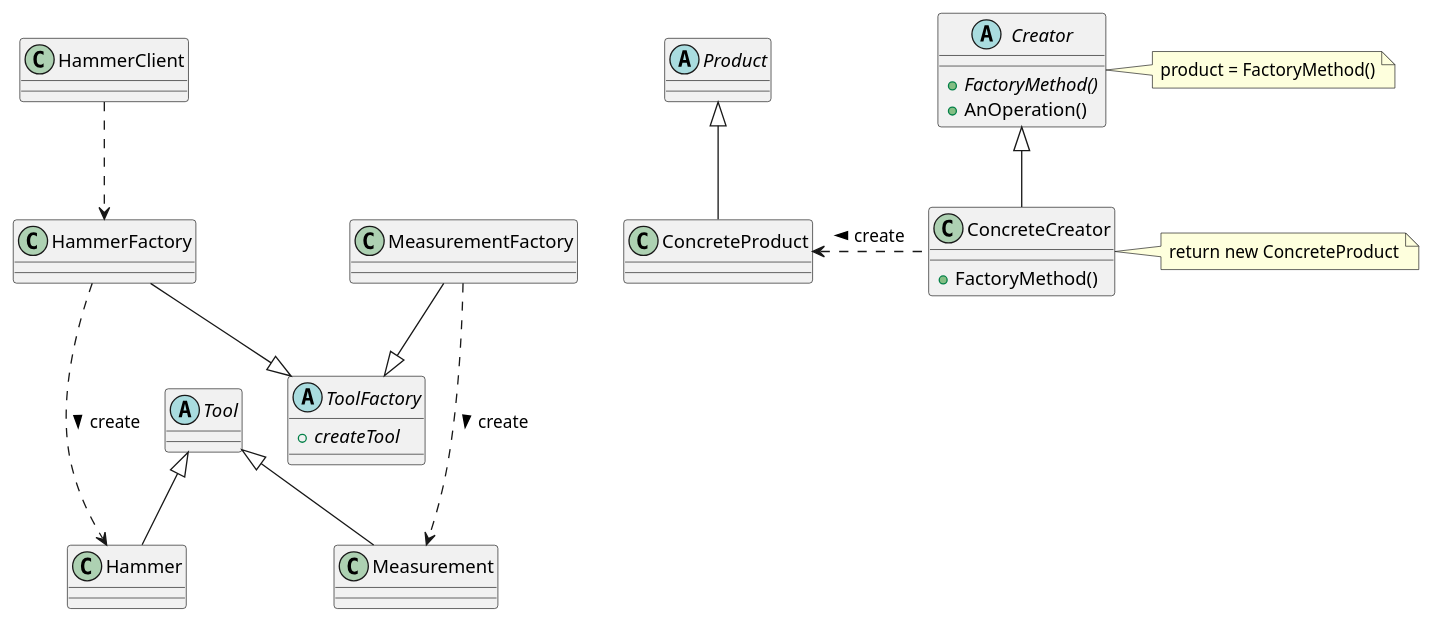
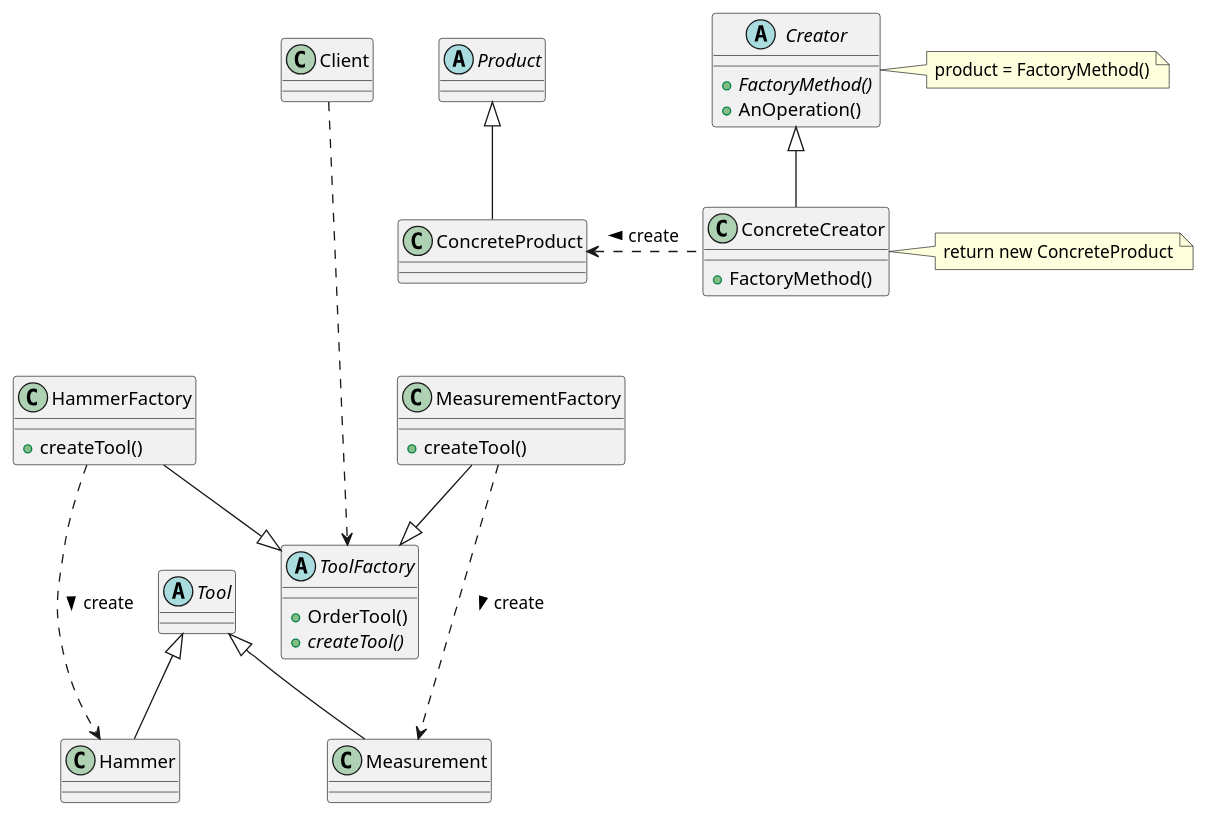
Before and after one commit to yuna611t/repo: the diagram in uml/design_pattern/FactoryMethod.pu, drawn with PlantUML. The commit also changed 1 other file, not shown here.

Commit message:
added sequence diagram

```diff
--- a/uml/design_pattern/FactoryMethod.pu
+++ b/uml/design_pattern/FactoryMethod.pu
@@ -1,36 +1,43 @@
 @startuml
 abstract Creator {
     + {abstract} FactoryMethod()
     + AnOperation()
 }
 class ConcreteCreator {
     + FactoryMethod()
 }
 
 abstract Product
 
 ConcreteCreator -up-|> Creator
 ConcreteProduct -up-|> Product
 ConcreteCreator .le.> ConcreteProduct : create >
 
 note right of Creator 
     product = FactoryMethod()
 end note
 note right of ConcreteCreator
     return new ConcreteProduct
 end note
 
 
 ' More real-world situation
 abstract Tool
 Hammer -up-|> Tool
 Measurement -up-|> Tool
 abstract ToolFactory {
-    + {abstract} createTool
+    + OrderTool()
+    + {abstract} createTool()
+}
+class HammerFactory {
+    + createTool()
+}
+class MeasurementFactory {
+    + createTool()
 }
 HammerFactory --|> ToolFactory
 MeasurementFactory --|> ToolFactory
 HammerFactory ...> Hammer : create >
 MeasurementFactory ...> Measurement : create >
-HammerClient ..> HammerFactory
+Client ....> ToolFactory
 @enduml
```
